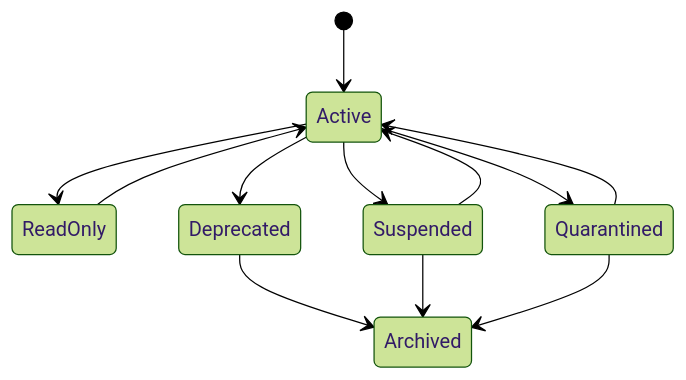
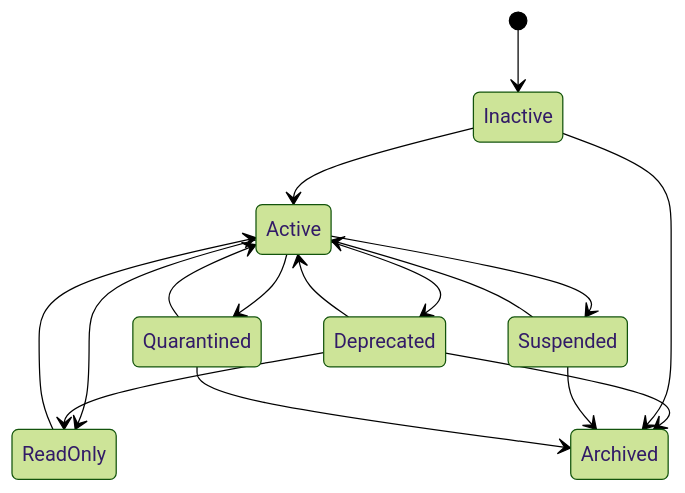
One commit to TechsioCZ/ontos changed the diagram in diagrams/module-lifecycle.md. Above: the diagram before and after it, drawn with Mermaid (forest theme). The commit also changed 8 other files, not shown here.

````diff
--- a/diagrams/module-lifecycle.md
+++ b/diagrams/module-lifecycle.md
@@ -3,14 +3,18 @@
 ```mermaid
 stateDiagram-v2
-  [*] --> Active
+  [*] --> Inactive
+  Inactive --> Active
   Active --> ReadOnly
   Active --> Suspended
   Active --> Quarantined
   ReadOnly --> Active
   Suspended --> Active
   Quarantined --> Active
   Active --> Deprecated
+  Deprecated --> Active
+  Deprecated --> ReadOnly
   Deprecated --> Archived
+  Inactive --> Archived
   Suspended --> Archived
   Quarantined --> Archived
 ```
````
